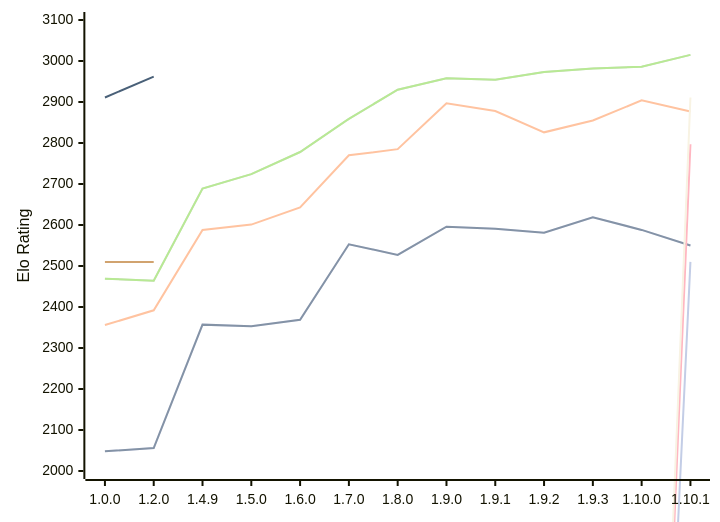
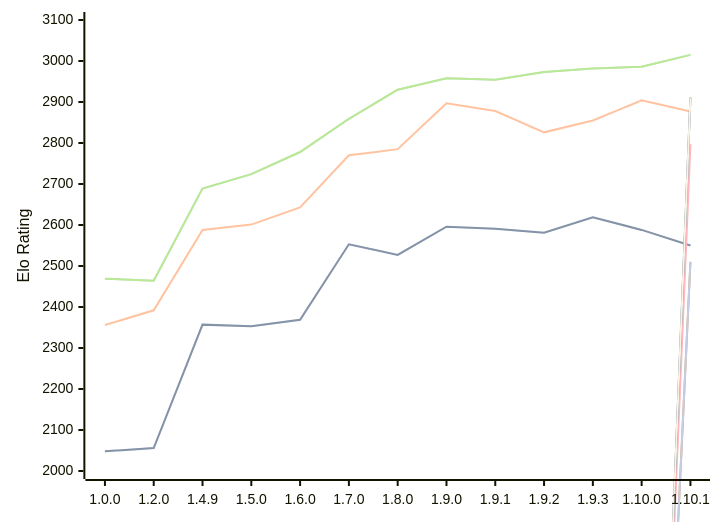
Before and after one commit to computer-chess-index/cci: the diagram in engines/Basilisk.md, drawn with Mermaid. The commit also changed other lines of this file, not shown here.

Commit message:
Update CCI Ratings (ELO VLTC) - 2026-10-10

````diff
--- a/engines/Basilisk.md
+++ b/engines/Basilisk.md
@@ -60,16 +60,16 @@
 ```mermaid
 %%{init: {"theme":"base","themeVariables":{"seriesColors:['#a3a3a3','#222221','#faa371']}}}%%
 xychart-beta
   x-axis ["1.0.0", "1.2.0", "1.4.9", "1.5.0", "1.6.0", "1.7.0", "1.8.0", "1.9.0", "1.9.1", "1.9.2", "1.9.3", "1.10.0", "1.10.1"]
   y-axis "Elo Rating" 2000 --> 3100
   line "" [2048, 2056, 2357, 2353, 2369, 2553, 2527, 2596, 2591, 2581, 2619, 2588, 2550]
   line "T1: STC (8.0+0.08s)" [2048, 2056, 2357, 2353, 2369, 2553, 2527, 2596, 2591, 2581, 2619, 2588, 2550]
   line "T1: LTC (60.0+0.60s)" [2356, 2392, 2588, 2601, 2643, 2770, 2785, 2897, 2878, 2826, 2855, 2904, 2877]
   line "" [2469, 2464, 2689, 2724, 2778, 2859, 2930, 2958, 2954, 2973, 2982, 2986, 3015]
   line "T1: VLTC (2m24s+1.12s)" [2469, 2464, 2689, 2724, 2778, 2859, 2930, 2958, 2954, 2973, 2982, 2986, 3015]
-  line "" [2510, 2510]
+  line "" [0,0,0,0,0,0,0,0,0,0,0,0,2510, 2510]
   line "E1: STC (8.0+0.08s)" [0,0,0,0,0,0,0,0,0,0,0,0,2510, 2510]
   line "E1: LTC (60.0+0.60s)" [0,0,0,0,0,0,0,0,0,0,0,0,2797, 2703]
-  line "" [2911, 2962]
+  line "" [0,0,0,0,0,0,0,0,0,0,0,0,2911, 2962]
   line "E1: VLTC (2m24s+1.12s)" [0,0,0,0,0,0,0,0,0,0,0,0,2911, 2962]
 ```
````
